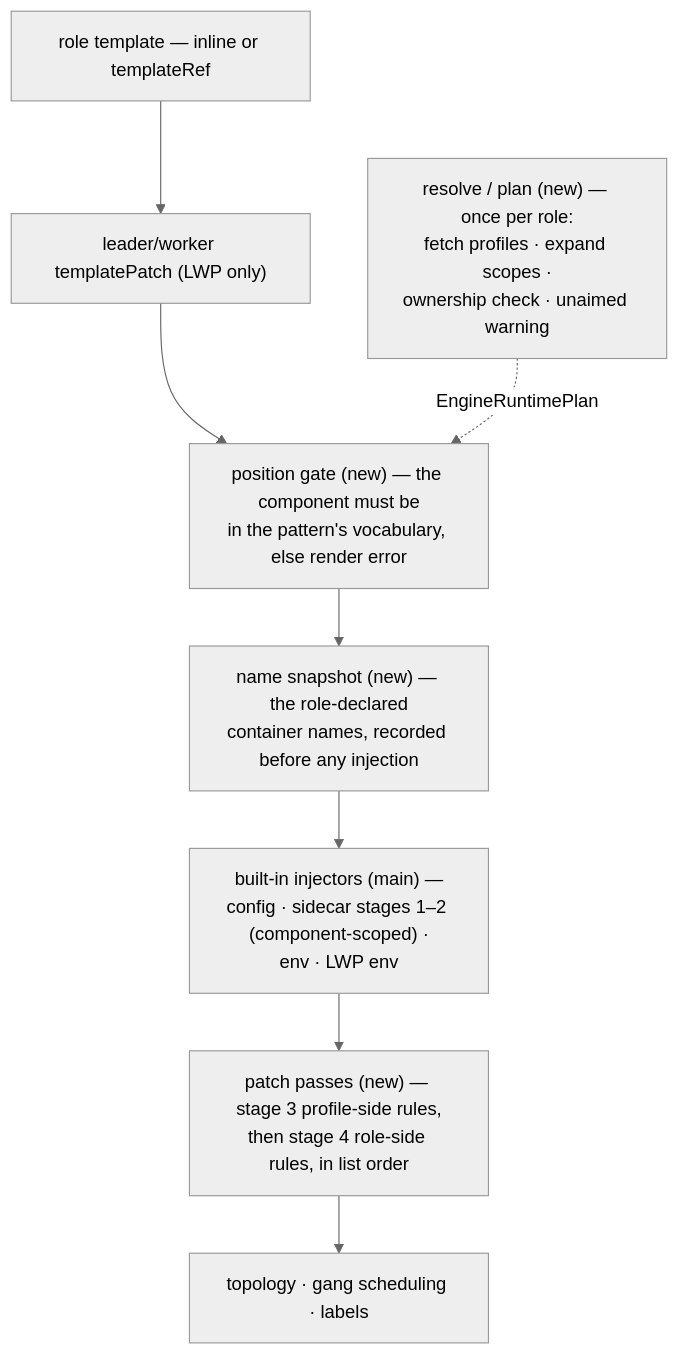
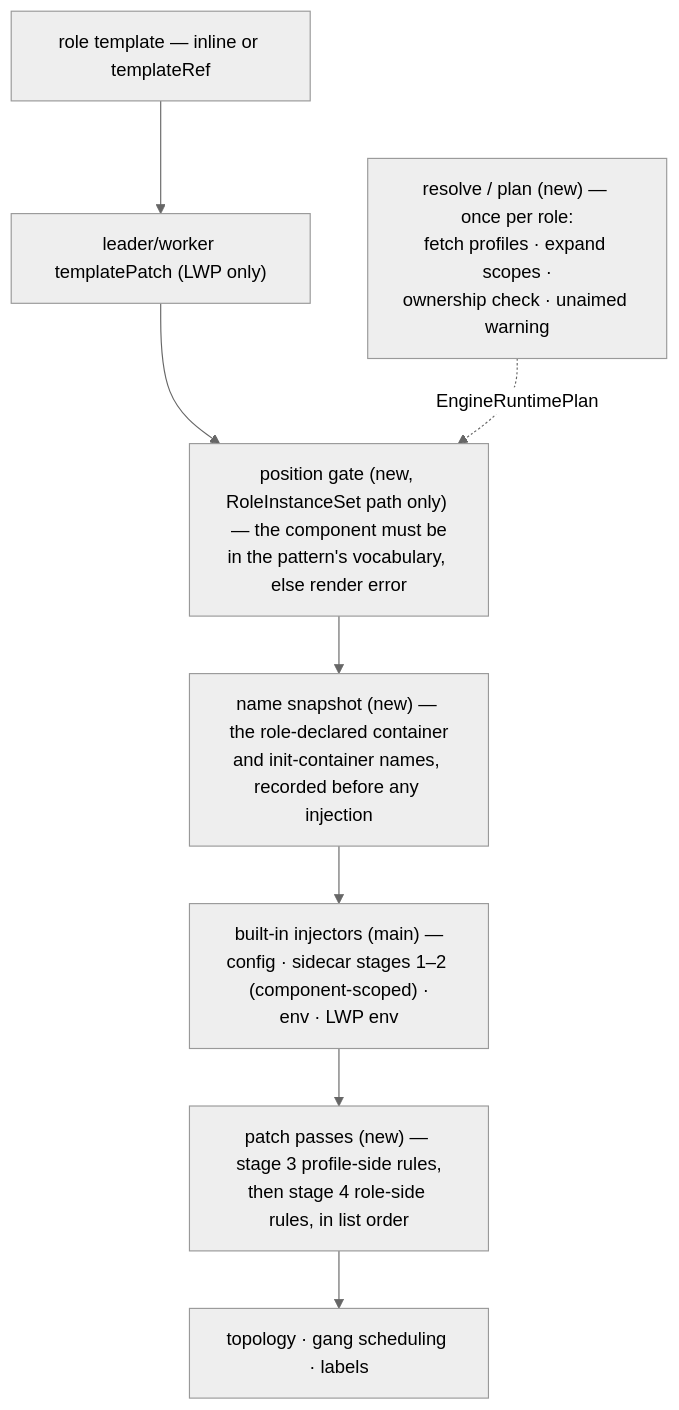
One commit to sgl-project/rbg changed the diagram in keps/531-engine-runtime-profile-injection/README.md. Above: the diagram before and after it, drawn with Mermaid (neutral theme). The commit also changed other lines of this file and 1 other file, not shown here.

````diff
--- a/keps/531-engine-runtime-profile-injection/README.md
+++ b/keps/531-engine-runtime-profile-injection/README.md
@@ -774,13 +805,13 @@
 ```mermaid
 flowchart TB
     R["resolve / plan (new) — once per role:<br/>fetch profiles · expand scopes ·<br/>ownership check · unaimed warning"]
     T["role template — inline or templateRef"]
     M["leader/worker templatePatch (LWP only)"]
-    G["position gate (new) — the component must be<br/>in the pattern's vocabulary, else render error"]
-    S["name snapshot (new) — the role-declared<br/>container names, recorded before any injection"]
+    G["position gate (new, RoleInstanceSet path only) — the component must be<br/>in the pattern's vocabulary, else render error"]
+    S["name snapshot (new) — the role-declared container<br/>and init-container names, recorded before any injection"]
     B["built-in injectors (main) —<br/>config · sidecar stages 1–2 (component-scoped) ·<br/>env · LWP env"]
     P["patch passes (new) — stage 3 profile-side rules,<br/>then stage 4 role-side rules, in list order"]
     X["topology · gang scheduling · labels"]
     T --> M --> G --> S --> B --> P --> X
     R -. "EngineRuntimePlan" .-> G
 ```
````
